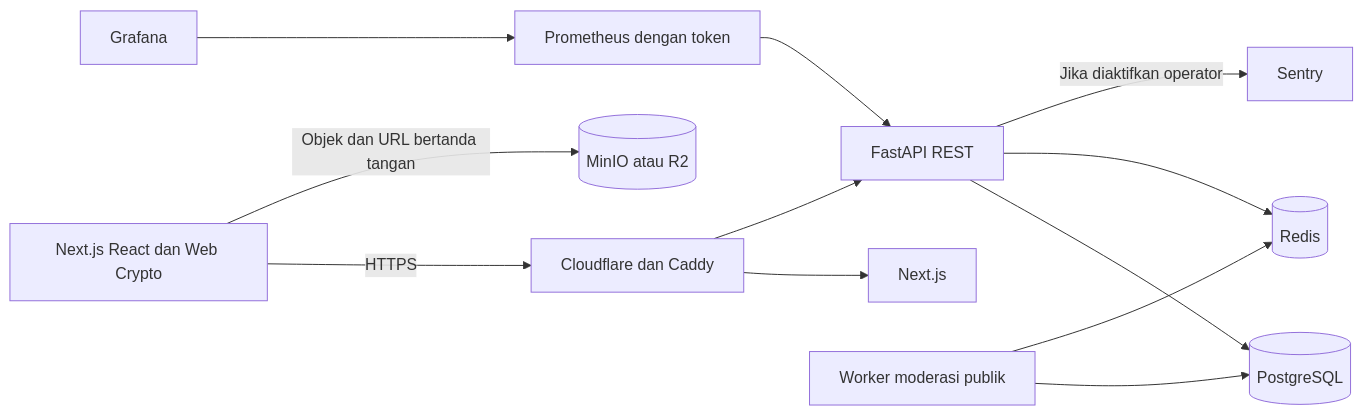
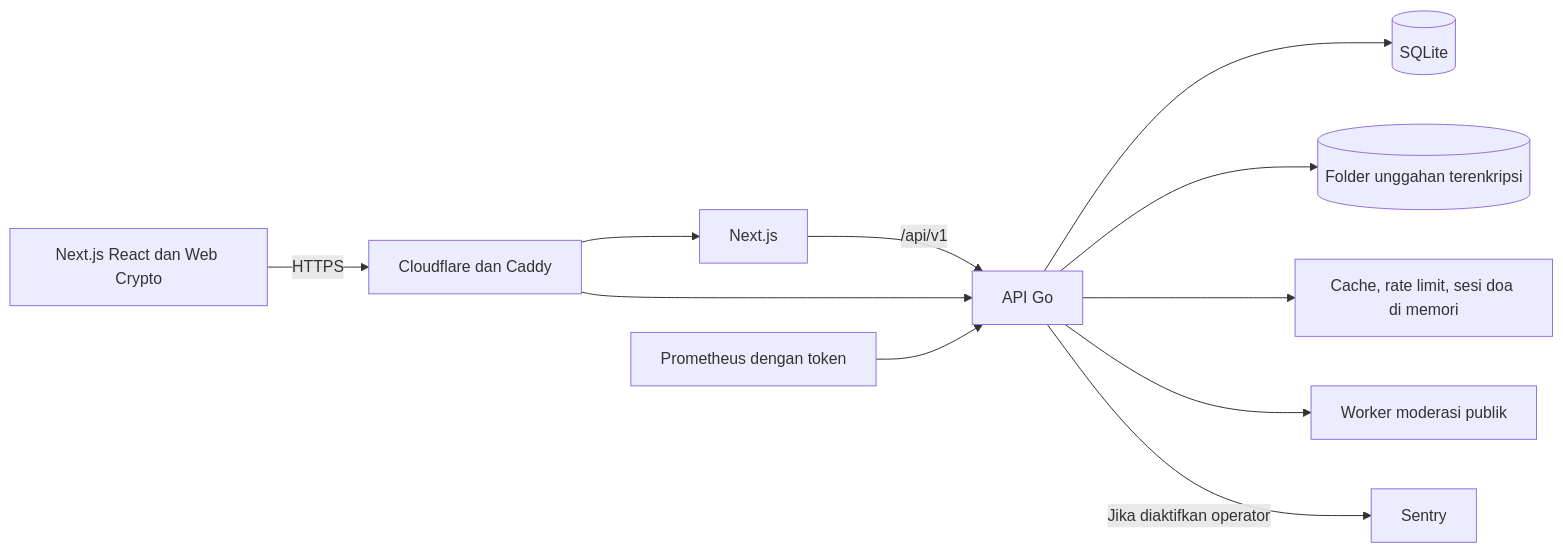
Before and after one commit to Project-Tim-A-Sosial-Kelompok-8/Untukmu: the diagram in README.md, drawn with Mermaid. The commit also changed other lines of this file and 164 other files, not shown here.

````diff
--- a/README.md
+++ b/README.md
@@ -338,14 +297,13 @@
 ```mermaid
 flowchart LR
   Browser[Next.js React dan Web Crypto] -->|HTTPS| Edge[Cloudflare dan Caddy]
   Edge --> Web[Next.js]
-  Edge --> API[FastAPI REST]
-  API --> DB[(PostgreSQL)]
-  API --> Cache[(Redis)]
-  Browser -->|Objek dan URL bertanda tangan| Storage[(MinIO atau R2)]
-  Worker[Worker moderasi publik] --> DB
-  Worker --> Cache
+  Web -->|/api/v1| API[API Go]
+  Edge --> API
+  API --> DB[(SQLite)]
+  API --> Files[(Folder unggahan terenkripsi)]
+  API --> Memory[Cache, rate limit, sesi doa di memori]
+  API --> Worker[Worker moderasi publik]
   Prometheus[Prometheus dengan token] --> API
-  Grafana[Grafana] --> Prometheus
   API -->|Jika diaktifkan operator| Sentry[Sentry]
 ```
````
